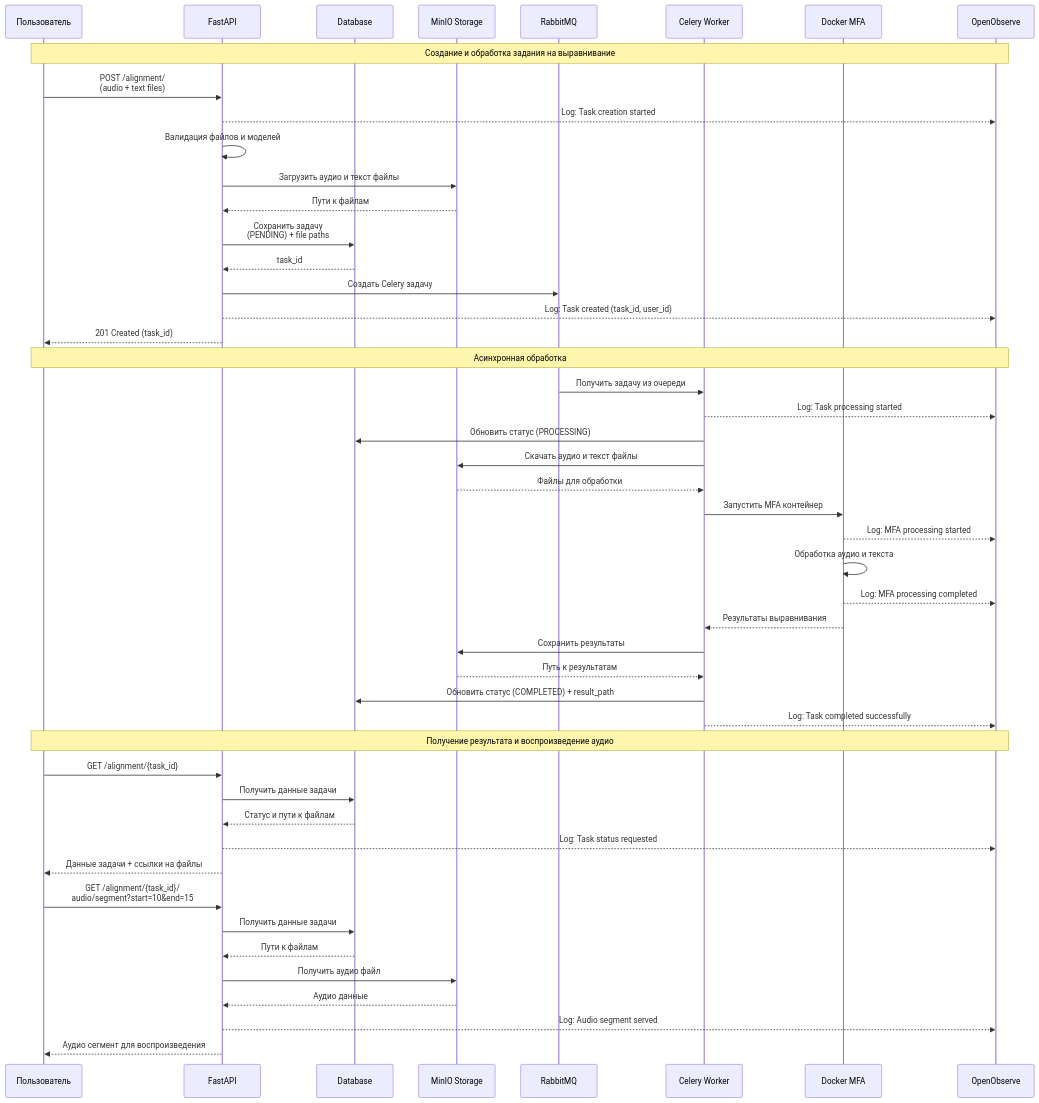
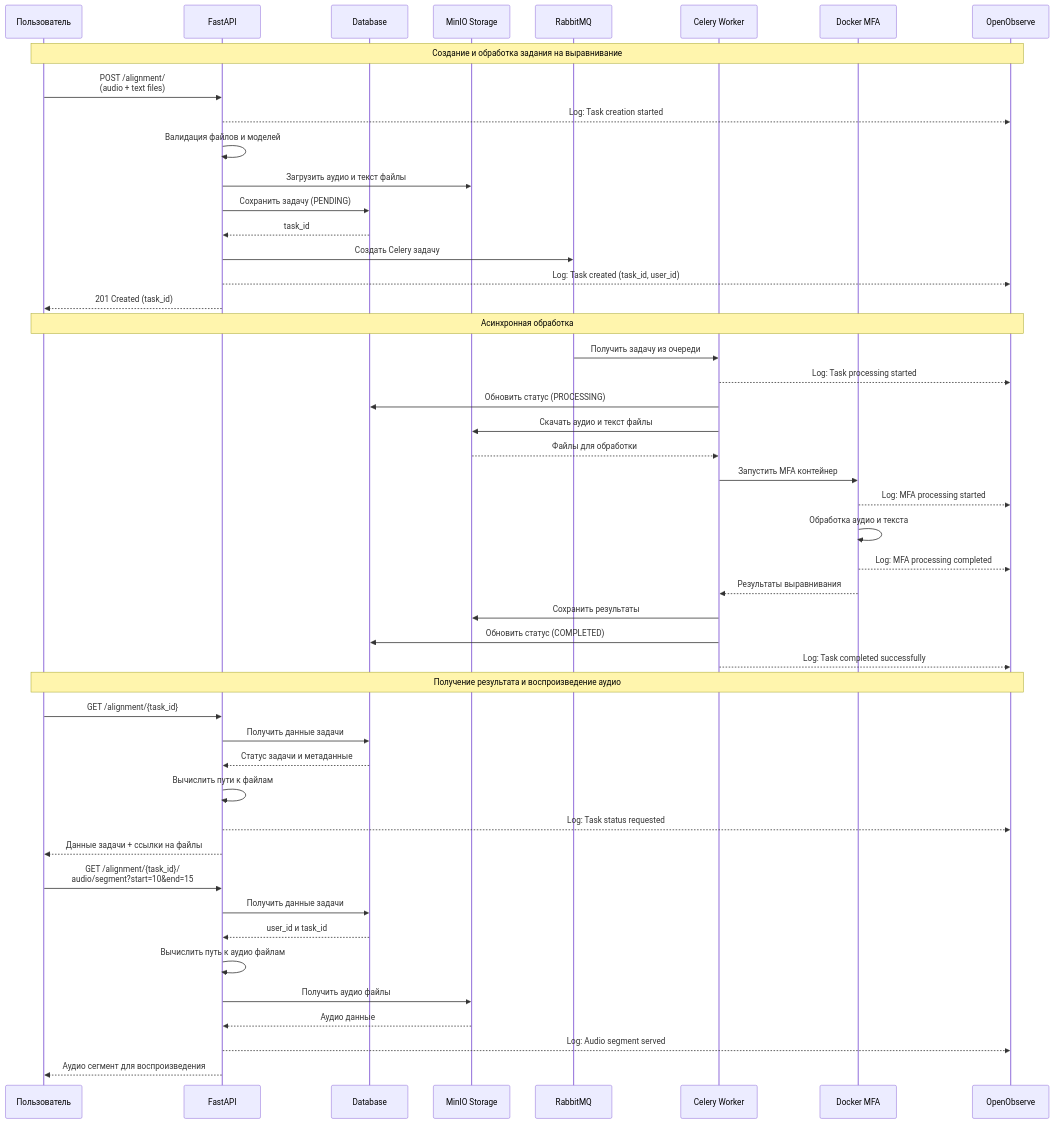
The third of 5 diagrams in docs/architecture.md (MariaPaypoint/align-api), drawn with Mermaid before and after one commit. The commit also changed other lines of this file and 4 other files, not shown here.

Commit message:
multifile tasks architecture

````diff
--- a/docs/architecture.md
+++ b/docs/architecture.md
@@ -169,58 +169,58 @@
 ```mermaid
 sequenceDiagram
     participant User as Пользователь
     participant API as FastAPI
     participant DB as Database
     participant MinIO as MinIO Storage
     participant MQ as RabbitMQ
     participant Worker as Celery Worker
     participant Docker as Docker MFA
     participant OO as OpenObserve
 
     Note over User, OO: Создание и обработка задания на выравнивание
 
     User->>API: POST /alignment/ <br>(audio + text files)
     API-->>OO: Log: Task creation started
     API->>API: Валидация файлов и моделей
     API->>MinIO: Загрузить аудио и текст файлы
-    MinIO-->>API: Пути к файлам
-    API->>DB: Сохранить задачу <br>(PENDING) + file paths
+    API->>DB: Сохранить задачу (PENDING)
     DB-->>API: task_id
     API->>MQ: Создать Celery задачу
     API-->>OO: Log: Task created (task_id, user_id)
     API-->>User: 201 Created (task_id)
 
     Note over User, OO: Асинхронная обработка
 
     MQ->>Worker: Получить задачу из очереди
     Worker-->>OO: Log: Task processing started
     Worker->>DB: Обновить статус (PROCESSING)
     Worker->>MinIO: Скачать аудио и текст файлы
     MinIO-->>Worker: Файлы для обработки
     Worker->>Docker: Запустить MFA контейнер
     Docker-->>OO: Log: MFA processing started
     Docker->>Docker: Обработка аудио и текста
     Docker-->>OO: Log: MFA processing completed
     Docker-->>Worker: Результаты выравнивания
     Worker->>MinIO: Сохранить результаты
-    MinIO-->>Worker: Путь к результатам
-    Worker->>DB: Обновить статус (COMPLETED) + result_path
+    Worker->>DB: Обновить статус (COMPLETED)
     Worker-->>OO: Log: Task completed successfully
 
     Note over User, OO: Получение результата и воспроизведение аудио
 
     User->>API: GET /alignment/{task_id}
     API->>DB: Получить данные задачи
-    DB-->>API: Статус и пути к файлам
+    DB-->>API: Статус задачи и метаданные
+    API->>API: Вычислить пути к файлам
     API-->>OO: Log: Task status requested
     API-->>User: Данные задачи + ссылки на файлы
 
     User->>API: GET /alignment/{task_id}/<br>audio/segment?start=10&end=15
     API->>DB: Получить данные задачи
-    DB-->>API: Пути к файлам
-    API->>MinIO: Получить аудио файл
+    DB-->>API: user_id и task_id
+    API->>API: Вычислить путь к аудио файлам
+    API->>MinIO: Получить аудио файлы
     MinIO-->>API: Аудио данные
     API-->>OO: Log: Audio segment served
     API-->>User: Аудио сегмент для воспроизведения
 
 ```
````
